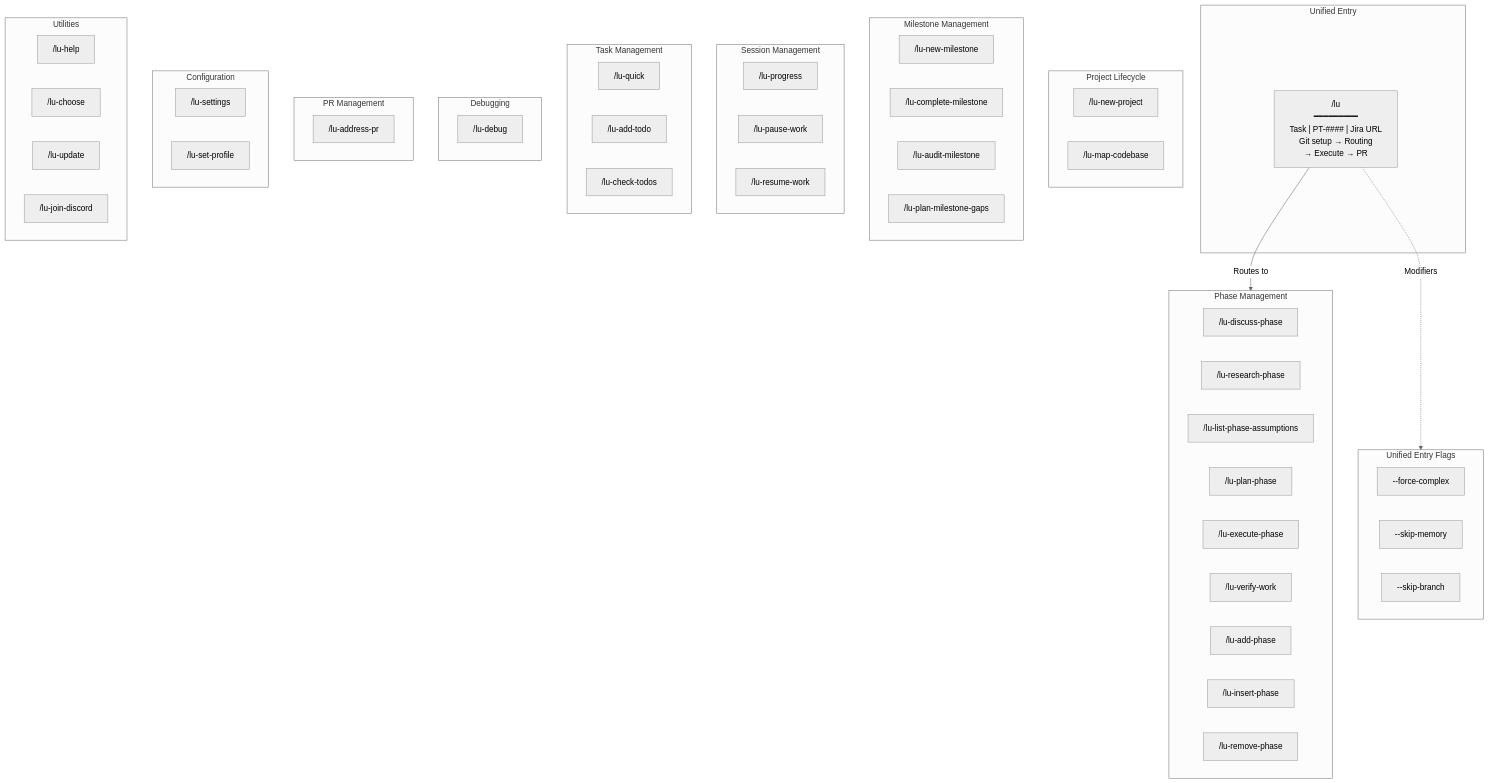
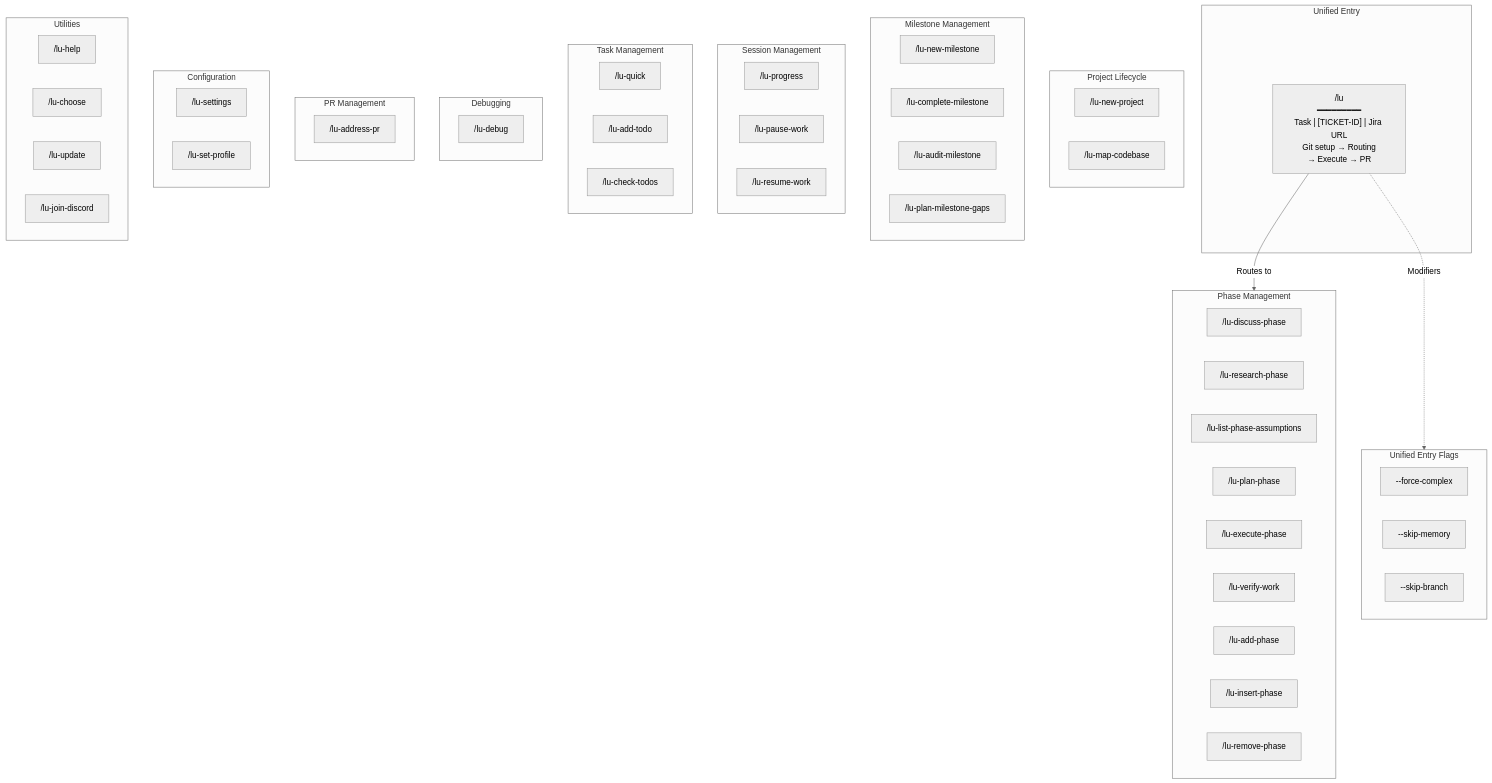
Before and after one commit to asibilia/luca-framework: the eighth of 14 diagrams in docs/agent-framework/luca/diagrams.md, drawn with Mermaid (neutral theme). The commit also changed other lines of this file and 205 other files, not shown here.

````diff
--- a/docs/agent-framework/luca/diagrams.md
+++ b/docs/agent-framework/luca/diagrams.md
@@ -303,71 +303,71 @@
 ```mermaid
 flowchart TB
     subgraph Unified["Unified Entry"]
-        PTOG["/lu<br/>━━━━━━━━━<br/>Task | PT-#### | Jira URL<br/>Git setup → Routing<br/>→ Execute → PR"]
+        PTOG["/lu<br/>━━━━━━━━━<br/>Task | [TICKET-ID] | Jira URL<br/>Git setup → Routing<br/>→ Execute → PR"]
     end
 
     subgraph Project["Project Lifecycle"]
         NEW["/lu-new-project"]
         MAP["/lu-map-codebase"]
     end
 
     subgraph Milestone["Milestone Management"]
         MILE["/lu-new-milestone"]
         COMP["/lu-complete-milestone"]
         AUDIT["/lu-audit-milestone"]
         GAPS["/lu-plan-milestone-gaps"]
     end
 
     subgraph Phase["Phase Management"]
         DISC["/lu-discuss-phase"]
         RESEARCH["/lu-research-phase"]
         ASSUME["/lu-list-phase-assumptions"]
         PLAN["/lu-plan-phase"]
         EXEC["/lu-execute-phase"]
         VERIFY["/lu-verify-work"]
         ADD["/lu-add-phase"]
         INS["/lu-insert-phase"]
         REM["/lu-remove-phase"]
     end
 
     subgraph Session["Session Management"]
         PROG["/lu-progress"]
         PAUSE["/lu-pause-work"]
         RES["/lu-resume-work"]
     end
 
     subgraph Tasks["Task Management"]
         QUICK["/lu-quick"]
         TODO["/lu-add-todo"]
         CHECK["/lu-check-todos"]
     end
 
     subgraph Debug["Debugging"]
         DBG["/lu-debug"]
     end
 
     subgraph PR["PR Management"]
         ADDR["/lu-address-pr"]
     end
 
     subgraph Config["Configuration"]
         SET["/lu-settings"]
         PROF["/lu-set-profile"]
     end
 
     subgraph Utils["Utilities"]
         HELP["/lu-help"]
         CHOOSE["/lu-choose"]
         UPD["/lu-update"]
         DISC2["/lu-join-discord"]
     end
 
     subgraph Flags["Unified Entry Flags"]
         FORCE["--force-complex"]
         SKIP_MEM["--skip-memory"]
         SKIP_BR["--skip-branch"]
     end
 
     PTOG -->|"Routes to"| Phase
     PTOG -.->|"Modifiers"| Flags
 ```
````
